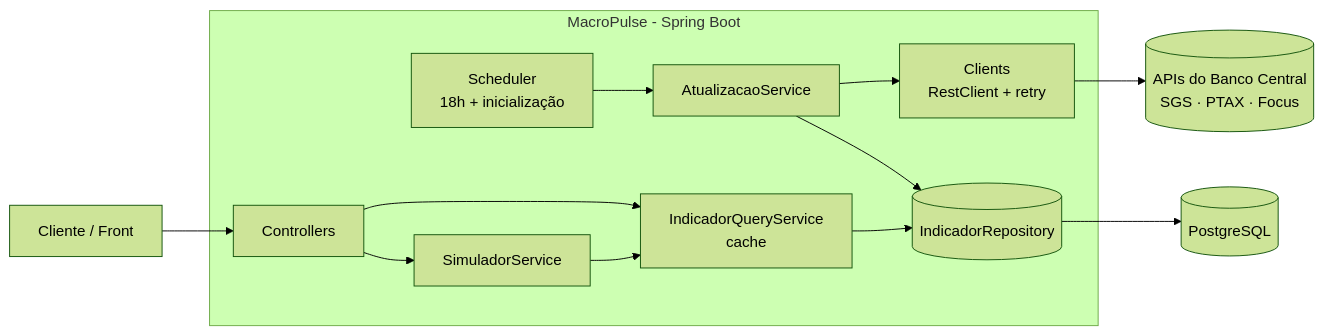
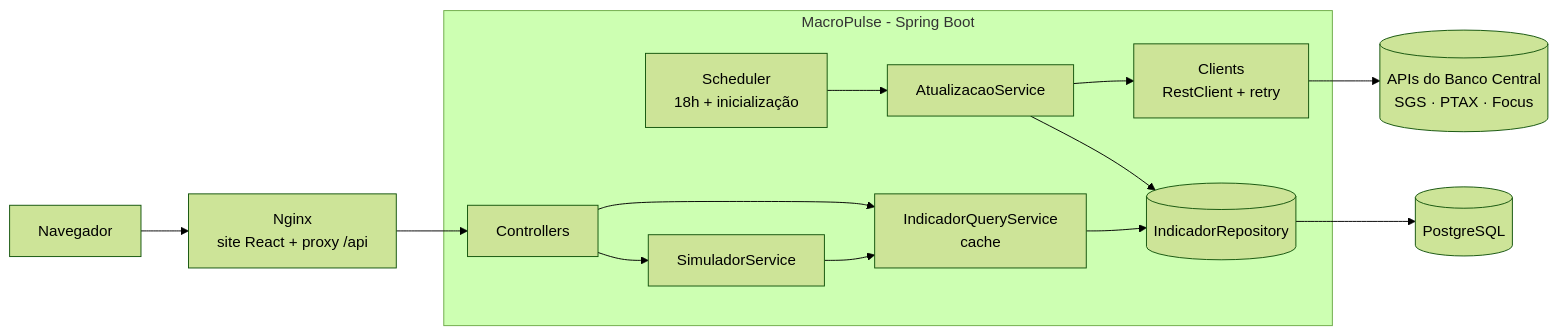
One commit to vinisl2510-sudo/macropulse changed the diagram in README.md. Above: the diagram before and after it, drawn with Mermaid (forest theme). The commit also changed other lines of this file and 2 other files, not shown here.

Commit message:
docs: atualiza o README com o front e o monorepo

````diff
--- a/README.md
+++ b/README.md
@@ -54,16 +84,17 @@
 ```mermaid
 flowchart LR
     BCB[(APIs do Banco Central<br/>SGS · PTAX · Focus)]
     subgraph API[MacroPulse - Spring Boot]
         SCH[Scheduler<br/>18h + inicialização] --> ATU[AtualizacaoService]
         ATU --> CLI[Clients<br/>RestClient + retry]
         ATU --> REPO[(IndicadorRepository)]
         CTRL[Controllers] --> QRY[IndicadorQueryService<br/>cache]
         CTRL --> SIM[SimuladorService]
         SIM --> QRY
         QRY --> REPO
     end
     CLI --> BCB
     REPO --> PG[(PostgreSQL)]
-    USER[Cliente / Front] --> CTRL
+    USER[Navegador] --> WEB[Nginx<br/>site React + proxy /api]
+    WEB --> CTRL
 ```
````
